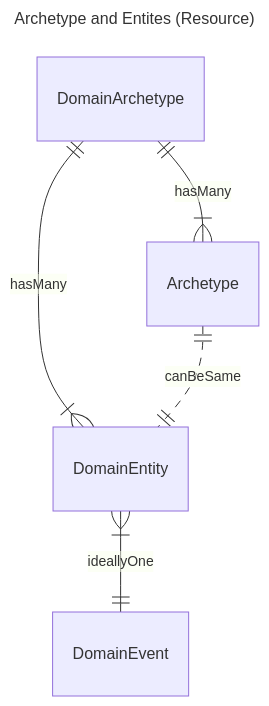
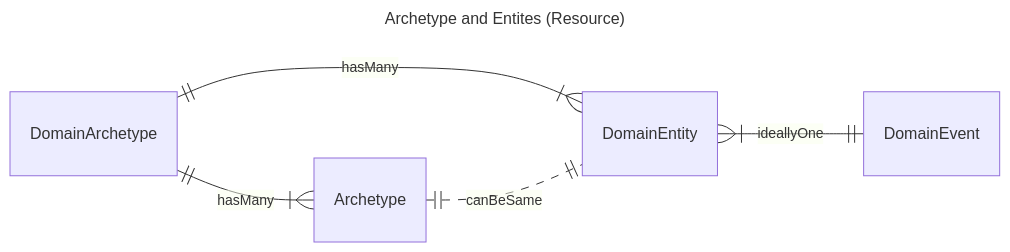
The diagram in input/pagecontent/archetype-intro.md (uk-gov-mirror/nw-gmsa.nw-gmsa.github.com), drawn with Mermaid before and after one commit.

Commit message:
Diagnostic Implication

````diff
--- a/input/pagecontent/archetype-intro.md
+++ b/input/pagecontent/archetype-intro.md
@@ -21,10 +21,11 @@
 ```mermaid
 ---
 title: Archetype and Entites (Resource)
 ---
 erDiagram
+    direction LR
     DomainArchetype ||--|{ DomainEntity : hasMany
     DomainArchetype ||--|{ Archetype : hasMany
     Archetype ||..|| DomainEntity : canBeSame
     DomainEntity }|--|| DomainEvent : ideallyOne
 ```
````
